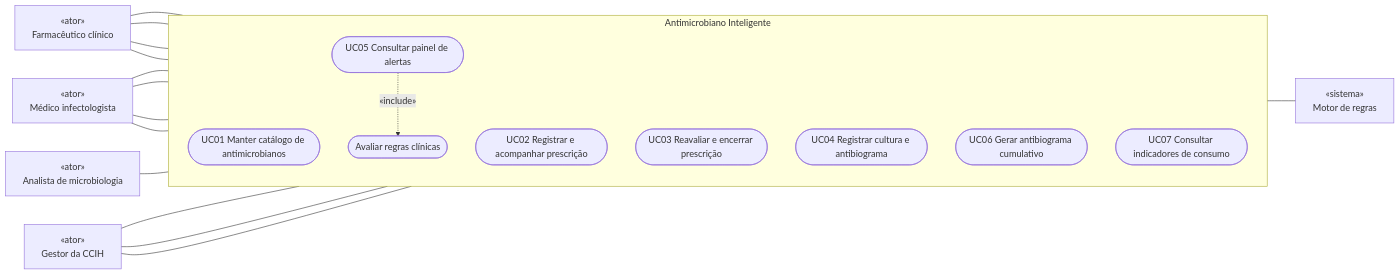
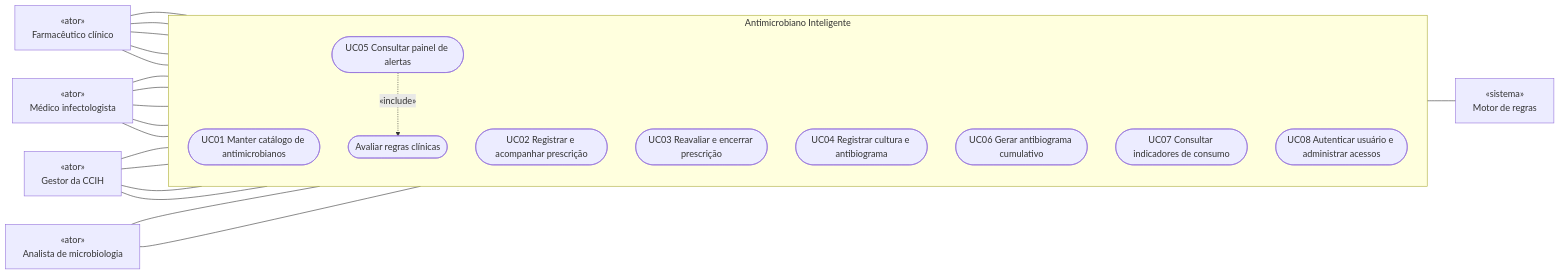
Before and after one commit to Antonio-avsp/Projeto_Antimicrobiano_Inteligente: the diagram in docs/casos-de-uso.md, drawn with Mermaid. The commit also changed other lines of this file and 5 other files, not shown here.

````diff
--- a/docs/casos-de-uso.md
+++ b/docs/casos-de-uso.md
@@ -17,35 +17,40 @@
 ```mermaid
 flowchart LR
     farm["«ator»<br/>Farmacêutico clínico"]
     infecto["«ator»<br/>Médico infectologista"]
     lab["«ator»<br/>Analista de microbiologia"]
     gestor["«ator»<br/>Gestor da CCIH"]
     motor["«sistema»<br/>Motor de regras"]
 
     subgraph sistema["Antimicrobiano Inteligente"]
         direction TB
         UC01(["UC01 Manter catálogo de antimicrobianos"])
         UC02(["UC02 Registrar e acompanhar prescrição"])
         UC03(["UC03 Reavaliar e encerrar prescrição"])
         UC04(["UC04 Registrar cultura e antibiograma"])
         UC05(["UC05 Consultar painel de alertas"])
         UC06(["UC06 Gerar antibiograma cumulativo"])
         UC07(["UC07 Consultar indicadores de consumo"])
+        UC08(["UC08 Autenticar usuário e administrar acessos"])
         AVAL(["Avaliar regras clínicas"])
     end
 
     farm --- UC01
     farm --- UC02
     farm --- UC03
     farm --- UC05
     infecto --- UC02
     infecto --- UC03
     infecto --- UC05
     infecto --- UC06
     lab --- UC04
     gestor --- UC01
     gestor --- UC06
     gestor --- UC07
+    gestor --- UC08
+    farm --- UC08
+    infecto --- UC08
+    lab --- UC08
     UC05 -. "«include»" .-> AVAL
     AVAL --- motor
 ```
````
